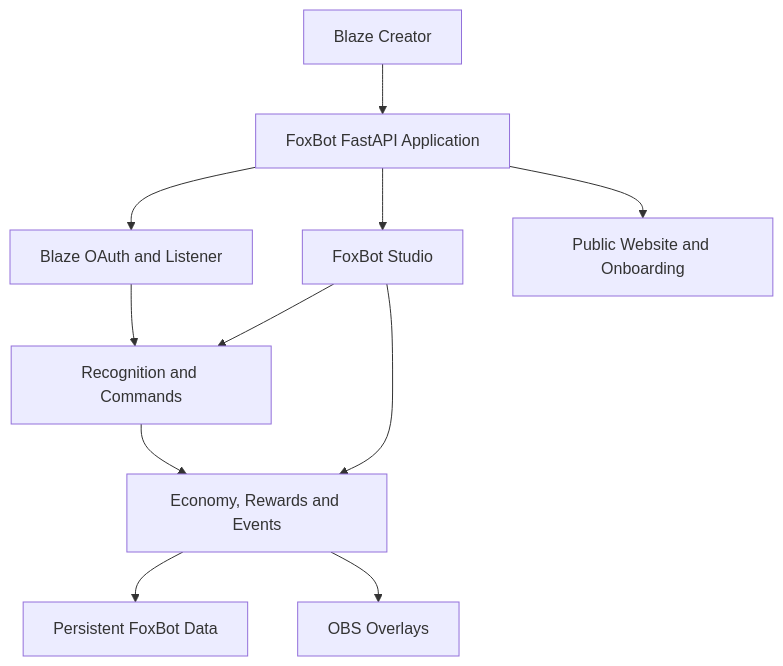
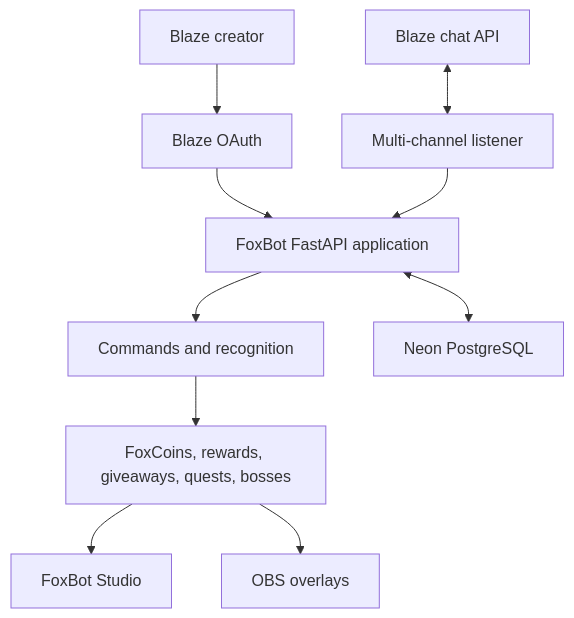
Before and after one commit to Crypt0kingfx/foxbot-ai-chatbot: the diagram in README.md, drawn with Mermaid. The commit also changed other lines of this file and 10 other files, not shown here.

Commit message:
Finalize FoxBot submission package

````diff
--- a/README.md
+++ b/README.md
@@ -43,13 +53,12 @@
 ```mermaid
 flowchart TD
-    A["Blaze Creator"] --> B["FoxBot FastAPI Application"]
-    B --> C["Blaze OAuth and Listener"]
-    B --> D["FoxBot Studio"]
-    B --> E["Public Website and Onboarding"]
-    C --> F["Recognition and Commands"]
-    F --> G["Economy, Rewards and Events"]
-    G --> H["Persistent FoxBot Data"]
-    G --> I["OBS Overlays"]
-    D --> F
-    D --> G
+    Creator["Blaze creator"] --> OAuth["Blaze OAuth"]
+    Blaze["Blaze chat API"] <--> Listener["Multi-channel listener"]
+    OAuth --> App["FoxBot FastAPI application"]
+    Listener --> App
+    App --> Commands["Commands and recognition"]
+    Commands --> Engagement["FoxCoins, rewards, giveaways, quests, bosses"]
+    Engagement --> Studio["FoxBot Studio"]
+    Engagement --> Overlays["OBS overlays"]
+    App <--> Neon["Neon PostgreSQL"]
 ```
````
